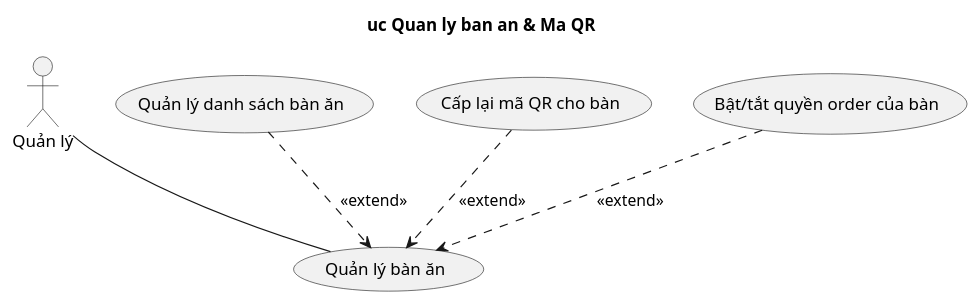
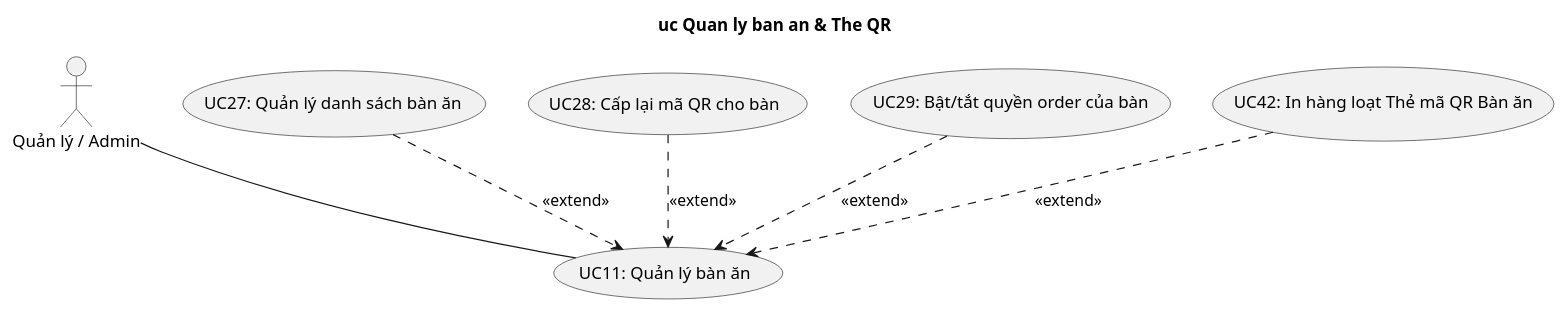
Before and after one commit to qu2nishere/HoaDiemCac-backend: the fourth of 9 diagrams in doc/DacTa_Chuong3_UseCase.md, drawn with PlantUML. The commit also changed other lines of this file and 2 other files, not shown here.

First line of the commit message:
docs(usecase): synchronize all 42 use cases with UC-new.pdf specifications

````diff
--- a/doc/DacTa_Chuong3_UseCase.md
+++ b/doc/DacTa_Chuong3_UseCase.md
@@ -224,17 +262,18 @@
 ```plantuml
 @startuml uc-quan-ly-ban-an
-title uc Quan ly ban an & Ma QR
+title uc Quan ly ban an & The QR
+actor "Quản lý / Admin" as QL
 
-actor "Quản lý" as QL
-
-usecase "Quản lý bàn ăn" as UC11
-usecase "Quản lý danh sách bàn ăn" as UC27
-usecase "Cấp lại mã QR cho bàn" as UC28
-usecase "Bật/tắt quyền order của bàn" as UC29
+usecase "UC11: Quản lý bàn ăn" as UC11
+usecase "UC27: Quản lý danh sách bàn ăn" as UC27
+usecase "UC28: Cấp lại mã QR cho bàn" as UC28
+usecase "UC29: Bật/tắt quyền order của bàn" as UC29
+usecase "UC42: In hàng loạt Thẻ mã QR Bàn ăn" as UC42
 
 QL -- UC11
 UC27 ..> UC11 : <<extend>>
 UC28 ..> UC11 : <<extend>>
 UC29 ..> UC11 : <<extend>>
+UC42 ..> UC11 : <<extend>>
 @enduml
 ```
````
